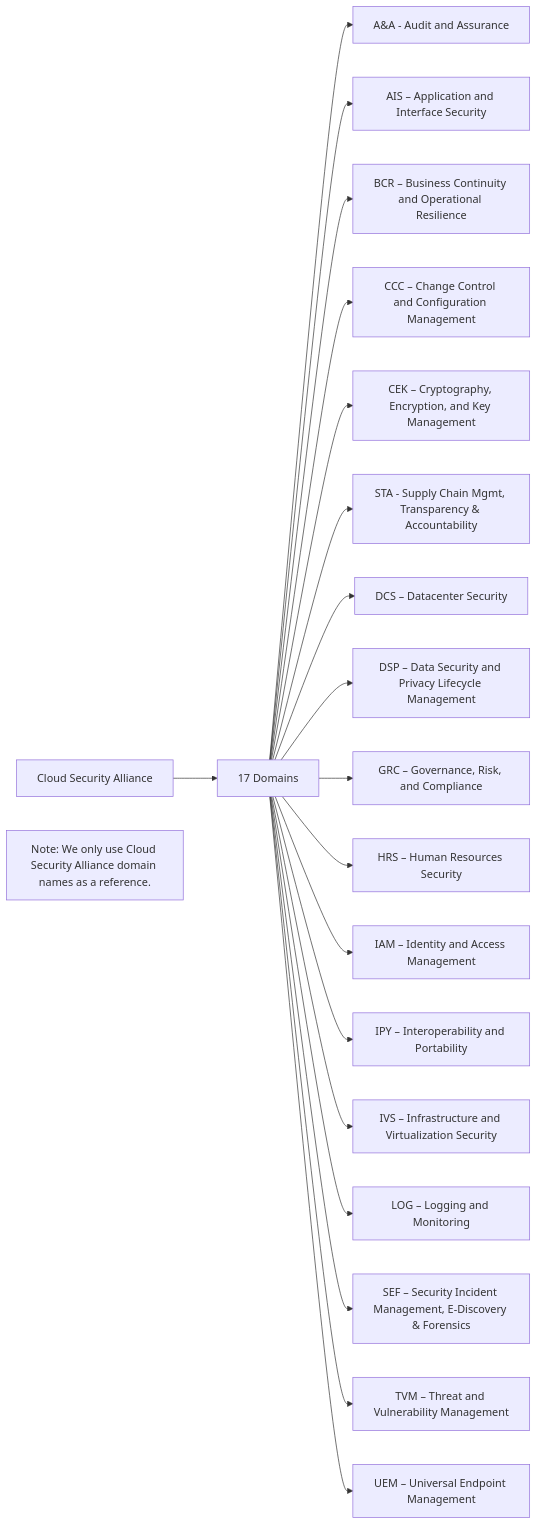
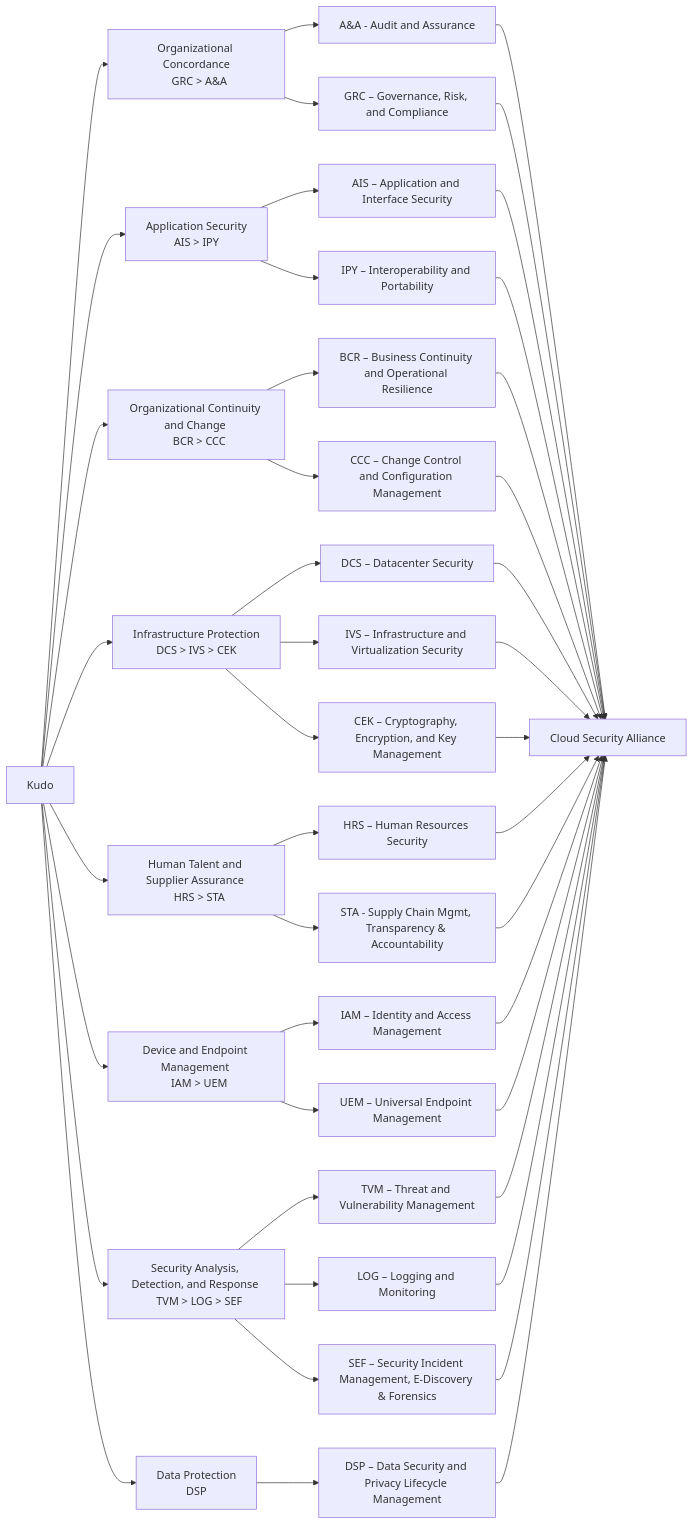
One commit to PetterVargas/kudo-divisioncero-com changed the fifth of 7 diagrams in apps/kudo/docs/index.md. Above: the diagram before and after it, drawn with Mermaid. The commit also changed other lines of this file and 21 other files, not shown here.

````diff
--- a/apps/kudo/docs/index.md
+++ b/apps/kudo/docs/index.md
@@ -70,7 +167,23 @@
 ``` mermaid
 graph LR
-  CSA[Cloud Security Alliance]
-  DOMAINS[17 Domains]
+  KUDO[Kudo]
+  DOM_1[Organizational Concordance
+  GRC > A&A]
+  DOM_2[Application Security 
+  AIS > IPY]
+  DOM_3[Organizational Continuity and Change 
+  BCR > CCC]
+  DOM_4[Infrastructure Protection 
+  DCS > IVS > CEK]
+  DOM_5[Human Talent and Supplier Assurance 
+  HRS > STA]
+  DOM_6[Device and Endpoint Management 
+  IAM > UEM]
+  DOM_7[Security Analysis, Detection, and Response 
+  TVM > LOG > SEF]
+  DOM_8[Data Protection
+  DSP]
+
   DOM1[A&A - Audit and Assurance]
   DOM2[AIS – Application and Interface Security]
   DOM3[BCR – Business Continuity and Operational Resilience]
@@ -88,25 +201,51 @@
   DOM15[SEF – Security Incident Management, E-Discovery & Forensics]
   DOM16[TVM – Threat and Vulnerability Management]
   DOM17[UEM – Universal Endpoint Management]
-  NOTWHEEL[Note: We only use Cloud Security Alliance domain names as a reference.]
+  
+  CSA[Cloud Security Alliance]
 
-  CSA --> DOMAINS
-  DOMAINS --> DOM1
-  DOMAINS --> DOM2
-  DOMAINS --> DOM3
-  DOMAINS --> DOM4
-  DOMAINS --> DOM5
-  DOMAINS --> DOM6
-  DOMAINS --> DOM7
-  DOMAINS --> DOM8
-  DOMAINS --> DOM9
-  DOMAINS --> DOM10
-  DOMAINS --> DOM11
-  DOMAINS --> DOM12
-  DOMAINS --> DOM13
-  DOMAINS --> DOM14
-  DOMAINS --> DOM15
-  DOMAINS --> DOM16
-  DOMAINS --> DOM17
-  NOTWHEEL
+  KUDO --> DOM_1
+  KUDO --> DOM_2
+  KUDO --> DOM_3
+  KUDO --> DOM_4
+  KUDO --> DOM_5
+  KUDO --> DOM_6
+  KUDO --> DOM_7
+  KUDO --> DOM_8
+  
+  DOM_1 --> DOM1
+  DOM_1 --> DOM9
+  DOM_2 --> DOM2
+  DOM_2 --> DOM12
+  DOM_3 --> DOM3
+  DOM_3 --> DOM4
+  DOM_4 --> DOM7
+  DOM_4 --> DOM13
+  DOM_4 --> DOM5
+  DOM_5 --> DOM10
+  DOM_5 --> DOM6
+  DOM_6 --> DOM11
+  DOM_6 --> DOM17
+  DOM_7 --> DOM16
+  DOM_7 --> DOM14
+  DOM_7 --> DOM15
+  DOM_8 --> DOM8
+  
+  DOM1 --> CSA
+  DOM2 --> CSA
+  DOM3 --> CSA
+  DOM4 --> CSA
+  DOM5 --> CSA
+  DOM6 --> CSA
+  DOM7 --> CSA
+  DOM8 --> CSA
+  DOM9 --> CSA
+  DOM10 --> CSA
+  DOM11 --> CSA
+  DOM12 --> CSA
+  DOM13 --> CSA
+  DOM14 --> CSA
+  DOM15 --> CSA
+  DOM16 --> CSA
+  DOM17 --> CSA
 ```
````
